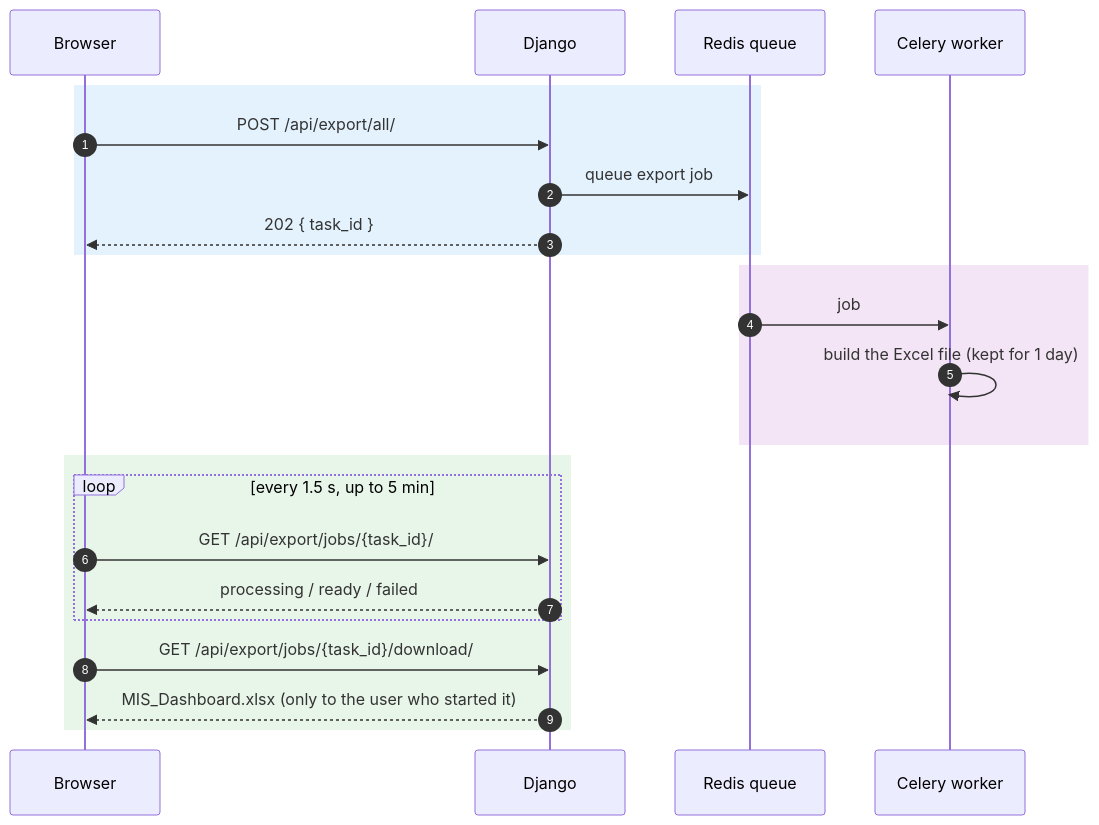
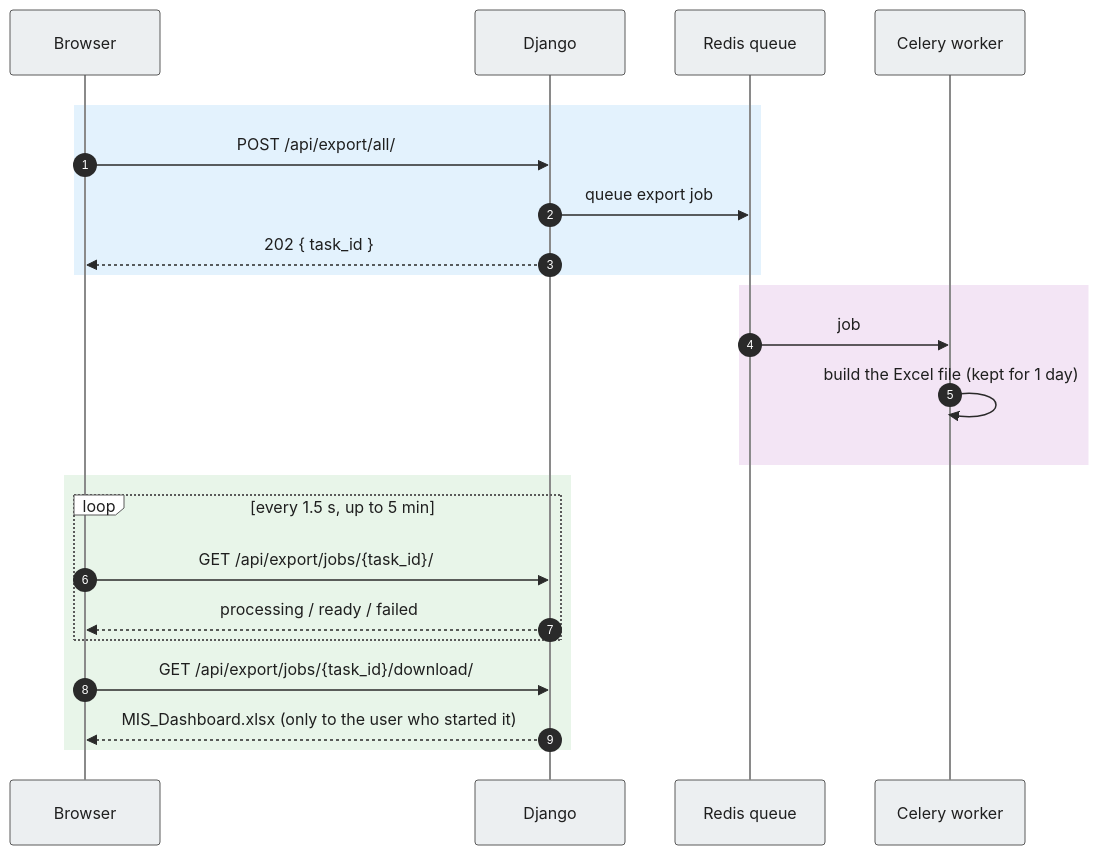
Before and after one commit to aarushchaudhary/nmpralekh: the fifth of 10 diagrams in README.md, drawn with Mermaid. The commit also changed other lines of this file and 6 other files, not shown here.

Commit message:
Make README sequence diagram text dark and readable in GitHub dark mode

````diff
--- a/README.md
+++ b/README.md
@@ -252,26 +255,29 @@
 ```mermaid
+%%{init: {'theme':'base','themeVariables':{'actorBkg':'#ECEFF1','actorBorder':'#5A5A5A','actorTextColor':'#1F1F1F','actorLineColor':'#8A8A8A','signalColor':'#2A2A2A','signalTextColor':'#1F1F1F','sequenceNumberColor':'#FFFFFF','labelBoxBkgColor':'#FFFFFF','labelBoxBorderColor':'#5A5A5A','labelTextColor':'#1F1F1F','loopTextColor':'#1F1F1F','noteBkgColor':'#FFF59D','noteBorderColor':'#F9A825','noteTextColor':'#1F1F1F'}}}%%
 sequenceDiagram
     autonumber
     participant B as Browser
     participant D as Django
     participant Q as Redis queue
     participant W as Celery worker
 
-    rect rgb(227, 242, 253)
-    B->>D: POST /api/export/all/
-    D->>Q: queue export job
-    D-->>B: 202 { task_id }
-    end
-    rect rgb(243, 229, 245)
-    Q->>W: job
-    W->>W: build the Excel file (kept for 1 day)
-    end
-    rect rgb(232, 245, 233)
-    loop every 1.5 s, up to 5 min
-        B->>D: GET /api/export/jobs/{task_id}/
-        D-->>B: processing / ready / failed
-    end
-    B->>D: GET /api/export/jobs/{task_id}/download/
-    D-->>B: MIS_Dashboard.xlsx (only to the user who started it)
+    rect rgb(255, 255, 255)
+        rect rgb(227, 242, 253)
+        B->>D: POST /api/export/all/
+        D->>Q: queue export job
+        D-->>B: 202 { task_id }
+        end
+        rect rgb(243, 229, 245)
+        Q->>W: job
+        W->>W: build the Excel file (kept for 1 day)
+        end
+        rect rgb(232, 245, 233)
+        loop every 1.5 s, up to 5 min
+            B->>D: GET /api/export/jobs/{task_id}/
+            D-->>B: processing / ready / failed
+        end
+        B->>D: GET /api/export/jobs/{task_id}/download/
+        D-->>B: MIS_Dashboard.xlsx (only to the user who started it)
+        end
     end
 ```
````
